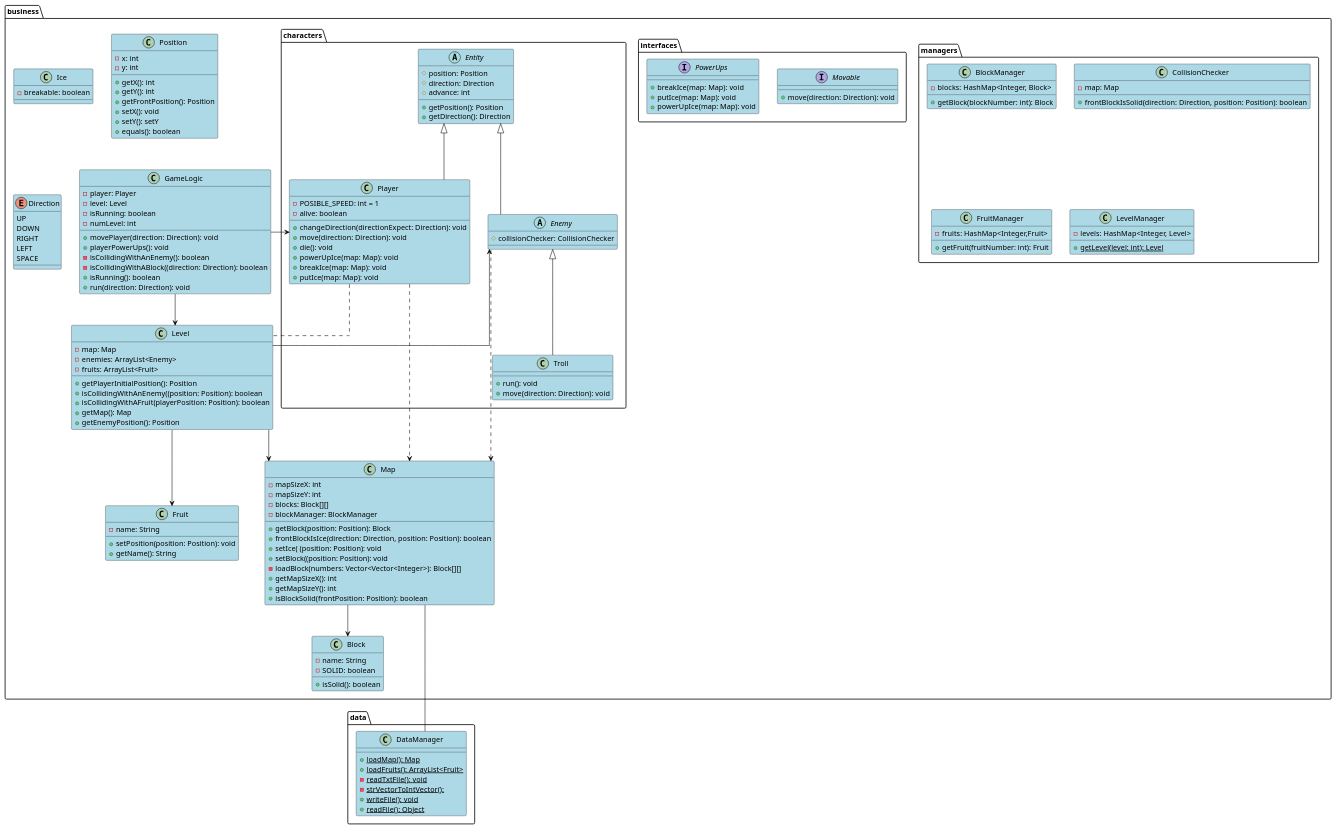
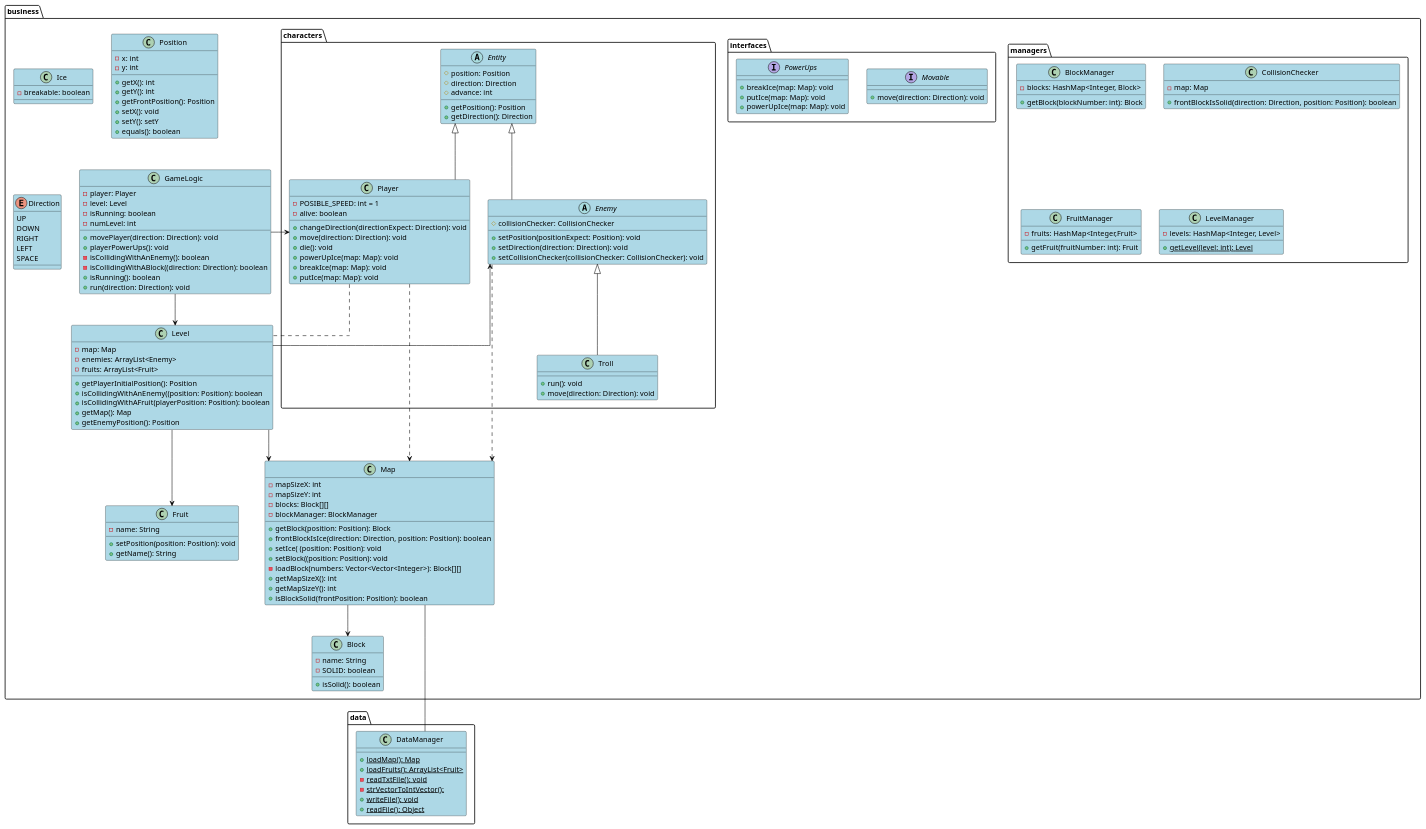
Before and after one commit to ViKunn/ProyectoFinalProgramacion: the diagram in diagrama.puml, drawn with PlantUML.

Commit message:
Actualización de UML

```diff
--- a/diagrama.puml
+++ b/diagrama.puml
@@ -1,183 +1,186 @@
 @startuml
 
 
 /'Esto de aquí ignoren'/
 skinparam Linetype ortho
 skinparam class {
 BackgroundColor LightBlue
 ArrowColor Black
 BorderColor Black
 }
 
 package business {
     class GameLogic {
         -player: Player
         -level: Level
         -isRunning: boolean
         -numLevel: int
         +movePlayer(direction: Direction): void
         +playerPowerUps(): void
         -isCollidingWithAnEnemy(): boolean
         -isCollidingWithABlock((direction: Direction): boolean
         +isRunning(): boolean
         +run(direction: Direction): void
     }
 
     class Level {
         -map: Map
         -enemies: ArrayList<Enemy>
         -fruits: ArrayList<Fruit>
         +getPlayerInitialPosition(): Position
         +isCollidingWithAnEnemy((position: Position): boolean
         +isCollidingWithAFruit(playerPosition: Position): boolean
         +getMap(): Map
         +getEnemyPosition(): Position
     }
 
     class Map {
     /'no se pone final'/
         -mapSizeX: int
         -mapSizeY: int
         -blocks: Block[][]
         -blockManager: BlockManager
         +getBlock(position: Position): Block
         +frontBlockIsIce(direction: Direction, position: Position): boolean
         +setIce( (position: Position): void
         +setBlock((position: Position): void
         -loadBlock(numbers: Vector<Vector<Integer>): Block[][]
         +getMapSizeX(): int
         +getMapSizeY(): int
         +isBlockSolid(frontPosition: Position): boolean
     }
 
     class Block {
         -name: String
         -SOLID: boolean
         +isSolid(): boolean
     }
 
     class Ice {
         -breakable: boolean
     }
 
     class Fruit {
         -name: String
         +setPosition(position: Position): void
         +getName(): String
     }
 
     class Position {
         -x: int
         -y: int
         +getX(): int
         +getY(): int
         +getFrontPosition(): Position
         +setX(): void
         +setY(): setY
         +equals(): boolean
     }
 
     enum Direction {
         UP
         DOWN
         RIGHT
         LEFT
         SPACE
     }
 
     package managers{
         class BlockManager{
             -blocks: HashMap<Integer, Block>
             +getBlock(blockNumber: int): Block
         }
 
         class CollisionChecker{
             -map: Map
             +frontBlockIsSolid(direction: Direction, position: Position): boolean
         }
 
         class FruitManager{
             -fruits: HashMap<Integer,Fruit>
             +getFruit(fruitNumber: int): Fruit
         }
 
         class LevelManager{
             -levels: HashMap<Integer, Level>
             +{static}getLevel(level: int): Level
         }
     }
 
     package interfaces{
         interface Movable{
             +move(direction: Direction): void
         }
         interface PowerUps{
             +breakIce(map: Map): void
             +putIce(map: Map): void
             +powerUpIce(map: Map): void
         }
     }
 
     package characters {
 
         abstract class Entity {
             #position: Position
             #direction: Direction
             #advance: int
             +getPosition(): Position
             +getDirection(): Direction
         }
 
         class Player {
             -POSIBLE_SPEED: int = 1
             -alive: boolean
             +changeDirection(directionExpect: Direction): void
             +move(direction: Direction): void
             +die(): void
             +powerUpIce(map: Map): void
             +breakIce(map: Map): void
             +putIce(map: Map): void
         }
 
         abstract class Enemy{
             #collisionChecker: CollisionChecker
+            +setPosition(positionExpect: Position): void
+            +setDirection(direction: Direction): void
+            +setCollisionChecker(collisionChecker: CollisionChecker): void
         }
 
         class Troll{
             +run(): void
             +move(direction: Direction): void
         }
     }
 }
 
 package data{
     class DataManager {
         +{static}loadMap(): Map
         +{static}loadFruits(): ArrayList<Fruit>
         -{static}readTxtFile(): void
         -{static}strVectorToIntVector():
         +{static}writeFile(): void
         +{static}readFile(): Object
     }
 }
 
 Player ... Level
 Player ...> Map
 Enemy  .l.> Map
 
 GameLogic --> Level
 GameLogic -> Player
 
 Level --> Map
 Level --> Enemy
 Level --> Fruit
 
 
 Map --> Block
 Map --- DataManager
 
 Entity <|-- Player
 Entity <|-- Enemy
 Enemy <|-- Troll
 
 @enduml
```
